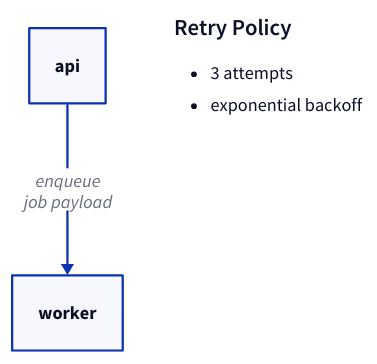
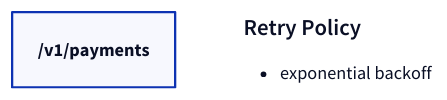
One commit to caelaxie/supragent changed the first of 8 diagrams in skills/d2lang/SKILL.md. Above: the diagram before and after it, drawn with D2. The commit also changed other lines of this file, not shown here.

````diff
--- a/skills/d2lang/SKILL.md
+++ b/skills/d2lang/SKILL.md
@@ -60,8 +52,10 @@
 ```d2
-api -> worker: "enqueue\njob payload"
+"service endpoint": "/v1/payments"
+"""
+Block comments are valid in D2.
+"""
 note: |md
 ### Retry Policy
-- 3 attempts
 - exponential backoff
 |
 ```
````
